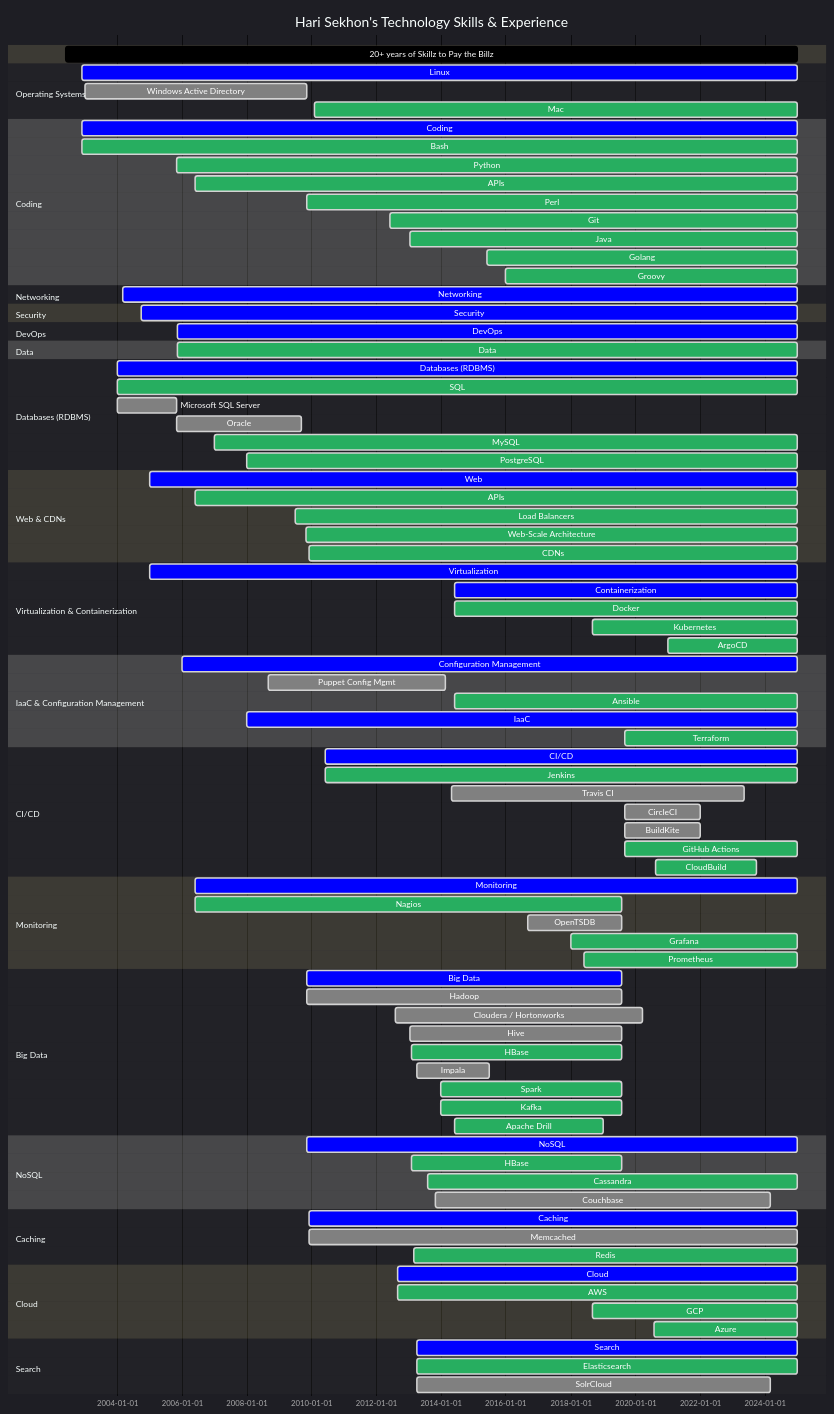
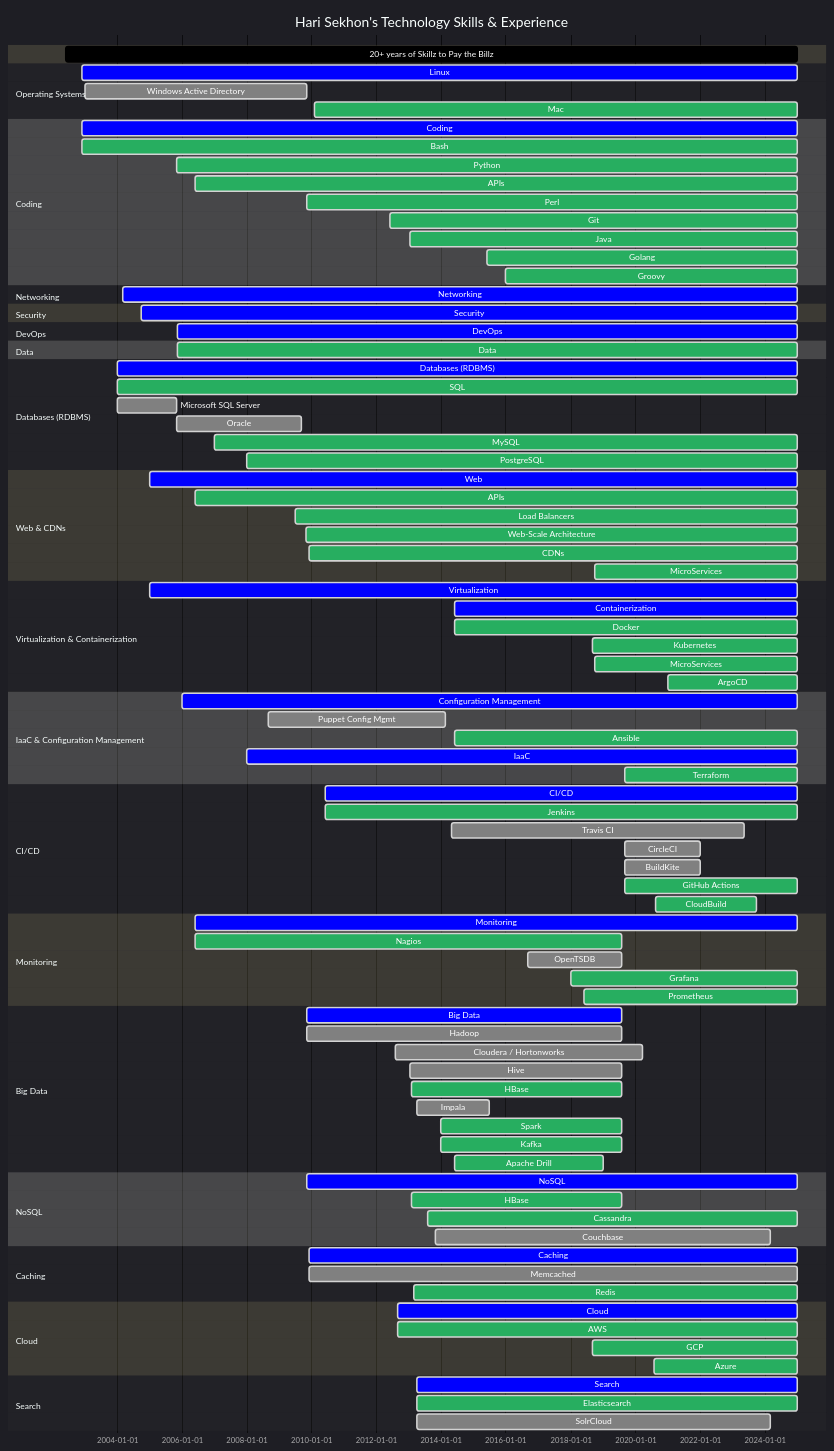
One commit to HariSekhon/HariSekhon changed the diagram in README.md. Above: the diagram before and after it, drawn with Mermaid.

```diff
--- a/README.md
+++ b/README.md
@@ -396,6 +396,7 @@
     %%UlraDNS                : done, 2009-11-01, 2012-06-31
     %%Cotendo                : done, 2012-06-01, 2013-01-13
     %%Cloudflare             : active, 2020-08-20, 2024-12-31
+    MicroServices            : active, 2018-10-01, 2024-12-31
 
     section Virtualization & Containerization
     Virtualization         : crit, 2005-01-01, 2024-12-31
@@ -404,6 +405,7 @@
     Containerization       : crit, 2014-06-01, 2024-12-31
     Docker                 : active, 2014-06-01, 2024-12-31
     Kubernetes             : active, 2018-09-01, 2024-12-31
+    MicroServices          : active, 2018-10-01, 2024-12-31
     ArgoCD                 : active, 2021-01-01, 2024-12-31
 
     section IaaC & Configuration Management
```
